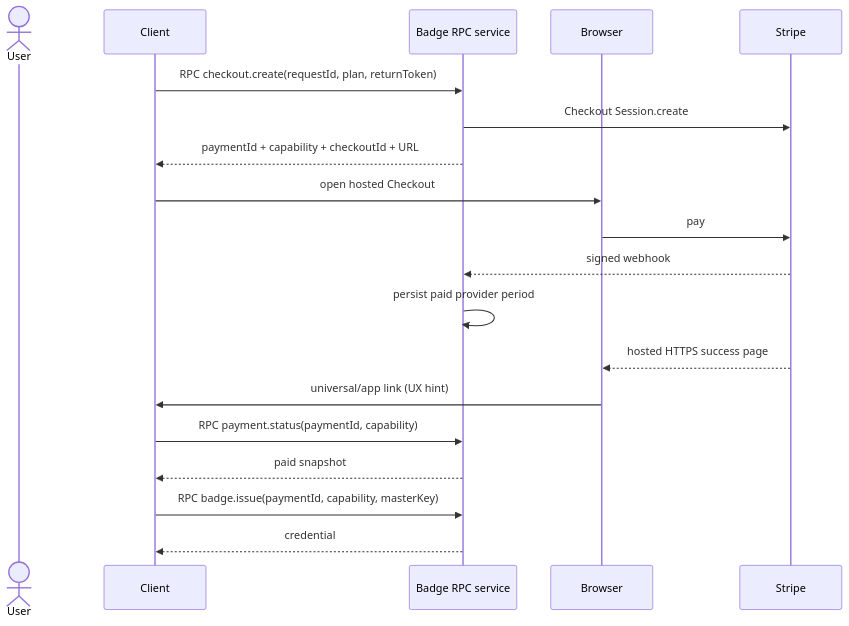
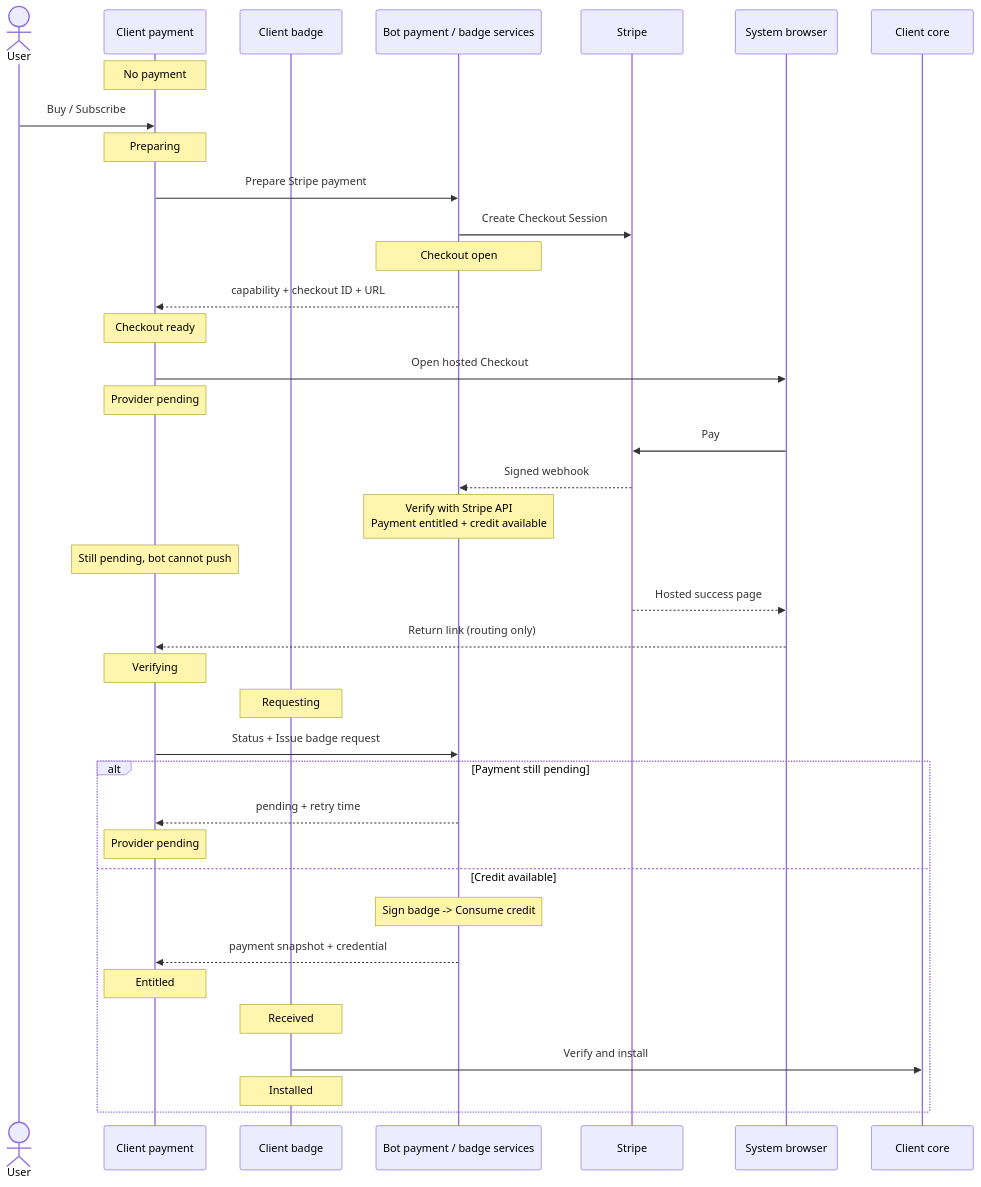
Before and after one commit to simplex-chat/simplex-chat: the third of 4 diagrams in plans/2026-07-20-supporter-badges-v2-product.md, drawn with Mermaid. The commit also changed other lines of this file and 4 other files, not shown here.

Commit message:
docs: clarify badge payment state ownership

````diff
--- a/plans/2026-07-20-supporter-badges-v2-product.md
+++ b/plans/2026-07-20-supporter-badges-v2-product.md
@@ -171,21 +184,41 @@
 ```mermaid
 sequenceDiagram
   actor U as User
-  participant C as Client
-  participant B as Badge RPC service
-  participant W as Browser
+  participant CP as Client payment
+  participant CB as Client badge
+  participant B as Bot payment / badge services
   participant S as Stripe
-  C->>B: RPC checkout.create(requestId, plan, returnToken)
-  B->>S: Checkout Session.create
-  B-->>C: paymentId + capability + checkoutId + URL
-  C->>W: open hosted Checkout
-  W->>S: pay
-  S-->>B: signed webhook
-  B->>B: persist paid provider period
-  S-->>W: hosted HTTPS success page
-  W->>C: universal/app link (UX hint)
-  C->>B: RPC payment.status(paymentId, capability)
-  B-->>C: paid snapshot
-  C->>B: RPC badge.issue(paymentId, capability, masterKey)
-  B-->>C: credential
+  participant W as System browser
+  participant Core as Client core
+
+  Note over CP: No payment
+  U->>CP: Buy / Subscribe
+  Note over CP: Preparing
+  CP->>B: Prepare Stripe payment
+  B->>S: Create Checkout Session
+  Note over B: Checkout open
+  B-->>CP: capability + checkout ID + URL
+  Note over CP: Checkout ready
+  CP->>W: Open hosted Checkout
+  Note over CP: Provider pending
+  W->>S: Pay
+  S-->>B: Signed webhook
+  Note over B: Verify with Stripe API<br/>Payment entitled + credit available
+  Note over CP: Still pending, bot cannot push
+  S-->>W: Hosted success page
+  W-->>CP: Return link (routing only)
+  Note over CP: Verifying
+  Note over CB: Requesting
+  CP->>B: Status + Issue badge request
+  alt Payment still pending
+    B-->>CP: pending + retry time
+    Note over CP: Provider pending
+  else Credit available
+    Note over B: Sign badge -> Consume credit
+    B-->>CP: payment snapshot + credential
+    Note over CP: Entitled
+    Note over CB: Received
+    CB->>Core: Verify and install
+    Note over CB: Installed
+  end
 ```
````
